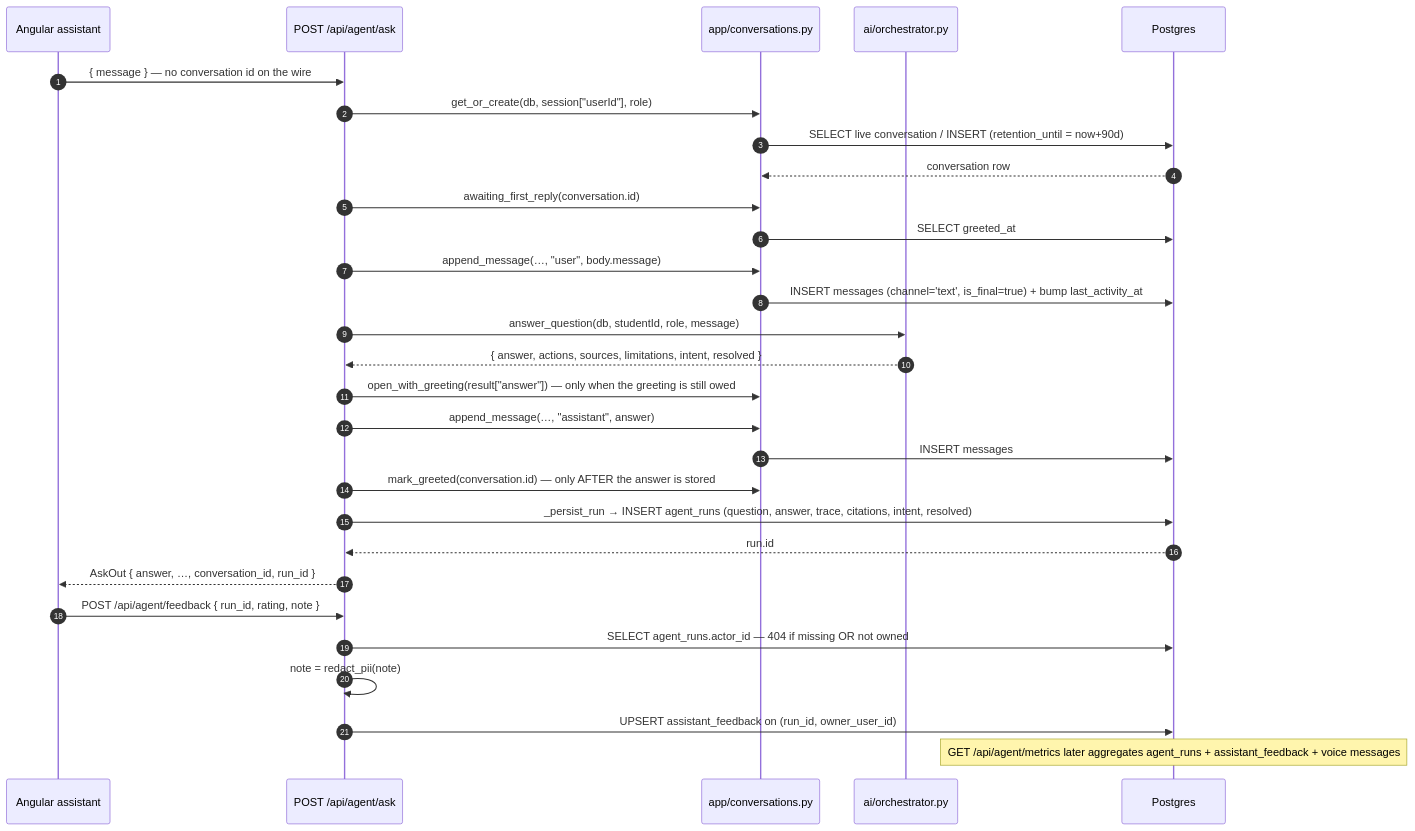
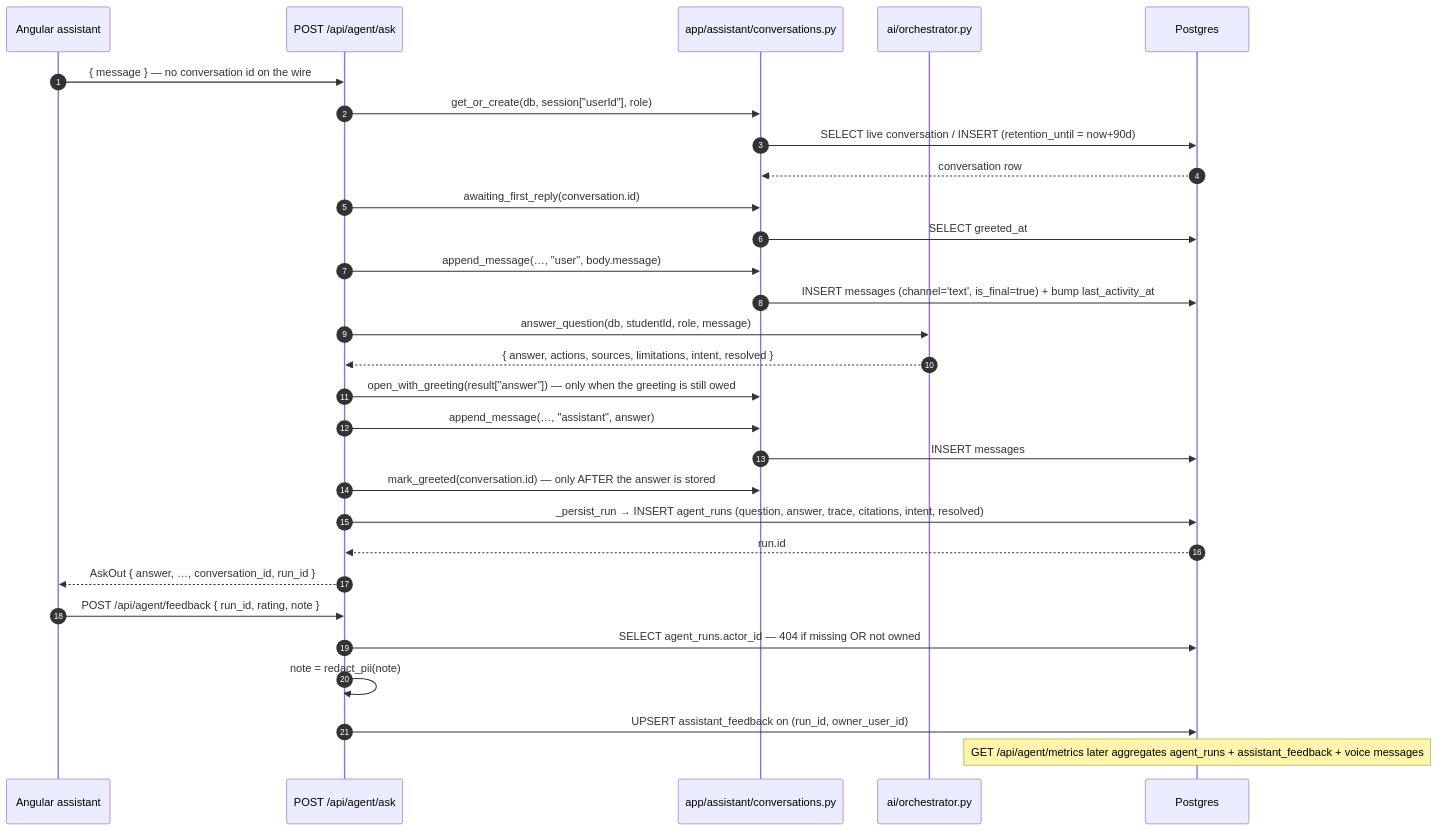
The fourth of 4 diagrams in docs/codebase-mahabharath/09-conversations-memory.md (darshani8/reep-), drawn with Mermaid before and after one commit. The commit also changed other lines of this file and 177 other files, not shown here.

````diff
--- a/docs/codebase-mahabharath/09-conversations-memory.md
+++ b/docs/codebase-mahabharath/09-conversations-memory.md
@@ -806,31 +806,31 @@
 ```mermaid
 sequenceDiagram
     autonumber
     participant UI as Angular assistant
     participant API as POST /api/agent/ask
-    participant CV as app/conversations.py
+    participant CV as app/assistant/conversations.py
     participant ORCH as ai/orchestrator.py
     participant PG as Postgres
     UI->>API: { message } — no conversation id on the wire
     API->>CV: get_or_create(db, session["userId"], role)
     CV->>PG: SELECT live conversation / INSERT (retention_until = now+90d)
     PG-->>CV: conversation row
     API->>CV: awaiting_first_reply(conversation.id)
     CV->>PG: SELECT greeted_at
     API->>CV: append_message(…, "user", body.message)
     CV->>PG: INSERT messages (channel='text', is_final=true) + bump last_activity_at
     API->>ORCH: answer_question(db, studentId, role, message)
     ORCH-->>API: { answer, actions, sources, limitations, intent, resolved }
     API->>CV: open_with_greeting(result["answer"]) — only when the greeting is still owed
     API->>CV: append_message(…, "assistant", answer)
     CV->>PG: INSERT messages
     API->>CV: mark_greeted(conversation.id) — only AFTER the answer is stored
     API->>PG: _persist_run → INSERT agent_runs (question, answer, trace, citations, intent, resolved)
     PG-->>API: run.id
     API-->>UI: AskOut { answer, …, conversation_id, run_id }
     UI->>API: POST /api/agent/feedback { run_id, rating, note }
     API->>PG: SELECT agent_runs.actor_id — 404 if missing OR not owned
     API->>API: note = redact_pii(note)
     API->>PG: UPSERT assistant_feedback on (run_id, owner_user_id)
     Note over PG: GET /api/agent/metrics later aggregates agent_runs + assistant_feedback + voice messages
 ```
````
